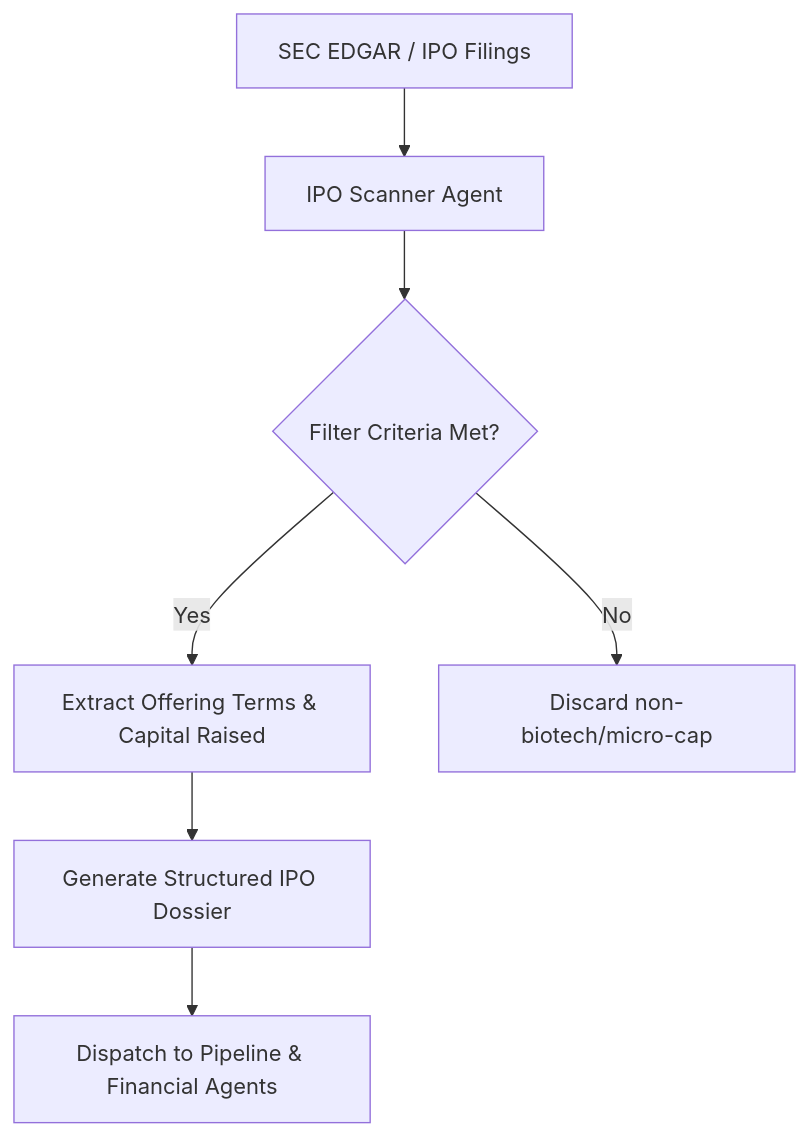
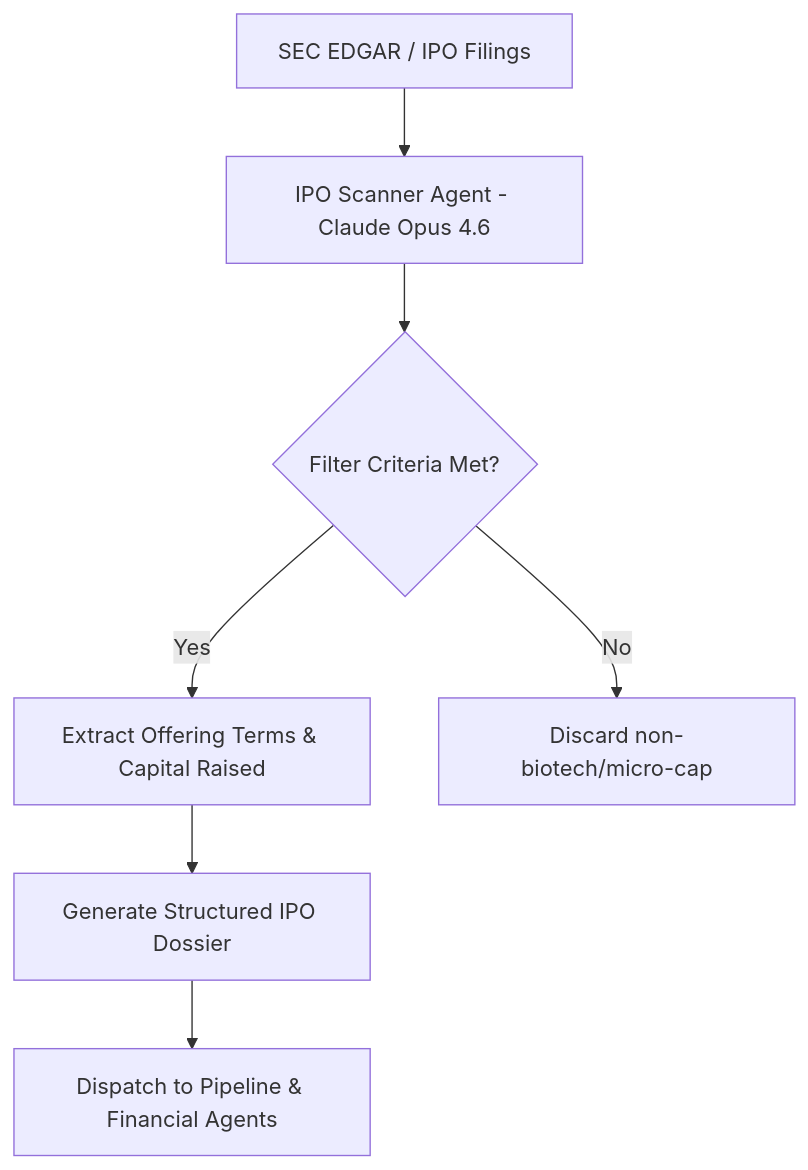
Before and after one commit to BretonsACT/IPO-Biotechnology: the diagram in agents/01_ipo_scanner_agent.md, drawn with Mermaid. The commit also changed other lines of this file and 8 other files, not shown here.

Commit message:
Configure Claude Opus 4.6 (pro) LLM engine across all 7 autonomous agent specs and web app architecture

````diff
--- a/agents/01_ipo_scanner_agent.md
+++ b/agents/01_ipo_scanner_agent.md
@@ -22,9 +24,9 @@
 ```mermaid
 graph TD
-    A[SEC EDGAR / IPO Filings] --> B[IPO Scanner Agent]
+    A[SEC EDGAR / IPO Filings] --> B[IPO Scanner Agent - Claude Opus 4.6]
     B --> C{Filter Criteria Met?}
     C -- Yes --> D[Extract Offering Terms & Capital Raised]
     C -- No --> E[Discard non-biotech/micro-cap]
     D --> F[Generate Structured IPO Dossier]
     F --> G[Dispatch to Pipeline & Financial Agents]
 ```
````
